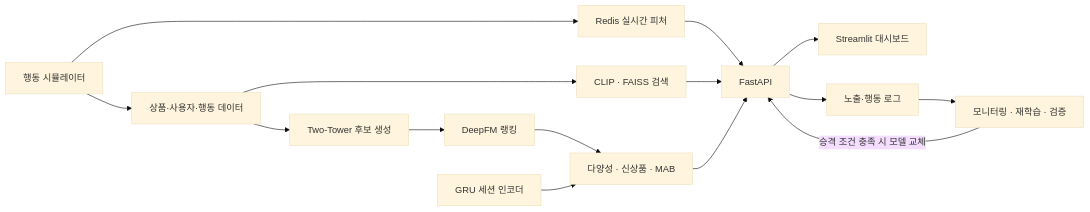
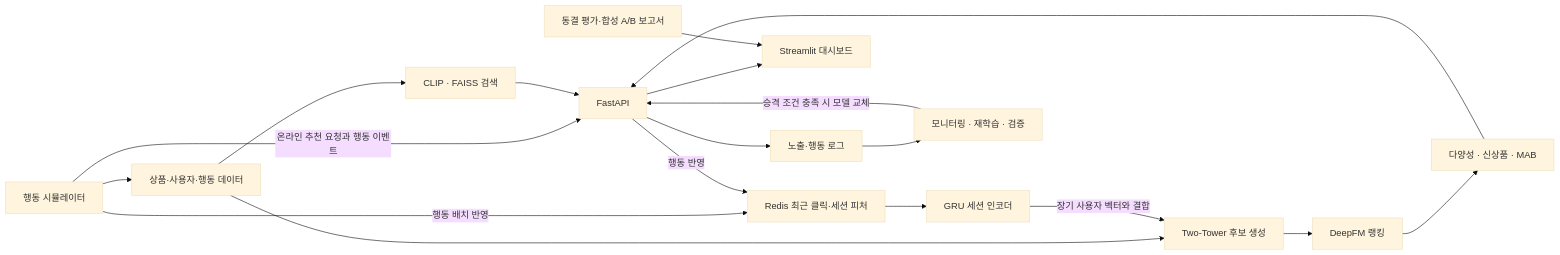
One commit to giitbal/mm-recsys changed the diagram in README.md. Above: the diagram before and after it, drawn with Mermaid (base theme). The commit also changed other lines of this file and 639 other files, not shown here.

````diff
--- a/README.md
+++ b/README.md
@@ -31,17 +37,20 @@
 ```mermaid
 flowchart LR
     Simulator[행동 시뮬레이터] --> Data[상품·사용자·행동 데이터]
     Data --> Search[CLIP · FAISS 검색]
     Data --> Candidate[Two-Tower 후보 생성]
     Candidate --> Ranking[DeepFM 랭킹]
     Ranking --> Reranking[다양성 · 신상품 · MAB]
-    Session[GRU 세션 인코더] --> Reranking
-    Simulator --> Redis[Redis 실시간 피처]
-    Redis --> API[FastAPI]
+    Redis[Redis 최근 클릭·세션 피처] --> Session[GRU 세션 인코더]
+    Session -->|장기 사용자 벡터와 결합| Candidate
+    Simulator -->|온라인 추천 요청과 행동 이벤트| API[FastAPI]
+    Simulator -->|행동 배치 반영| Redis
+    API -->|행동 반영| Redis
     Search --> API
     Reranking --> API
     API --> Dashboard[Streamlit 대시보드]
+    Reports[동결 평가·합성 A/B 보고서] --> Dashboard
     API --> Journal[노출·행동 로그]
     Journal --> CT[모니터링 · 재학습 · 검증]
     CT -->|승격 조건 충족 시 모델 교체| API
 ```
````
